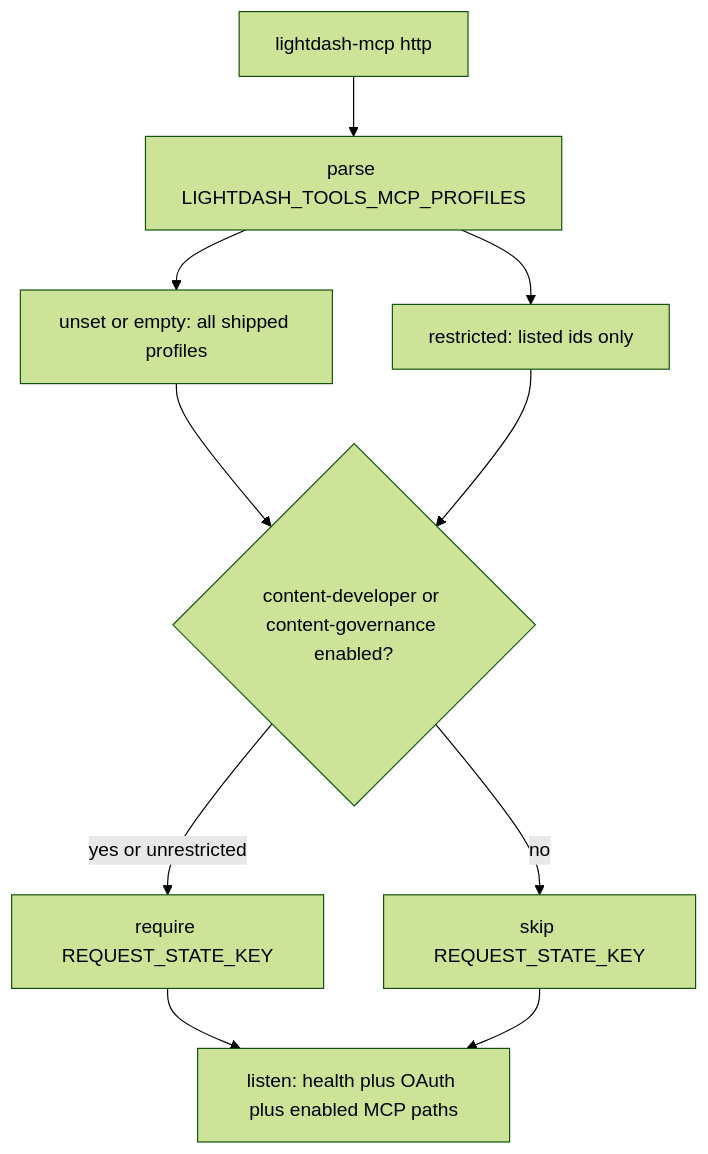
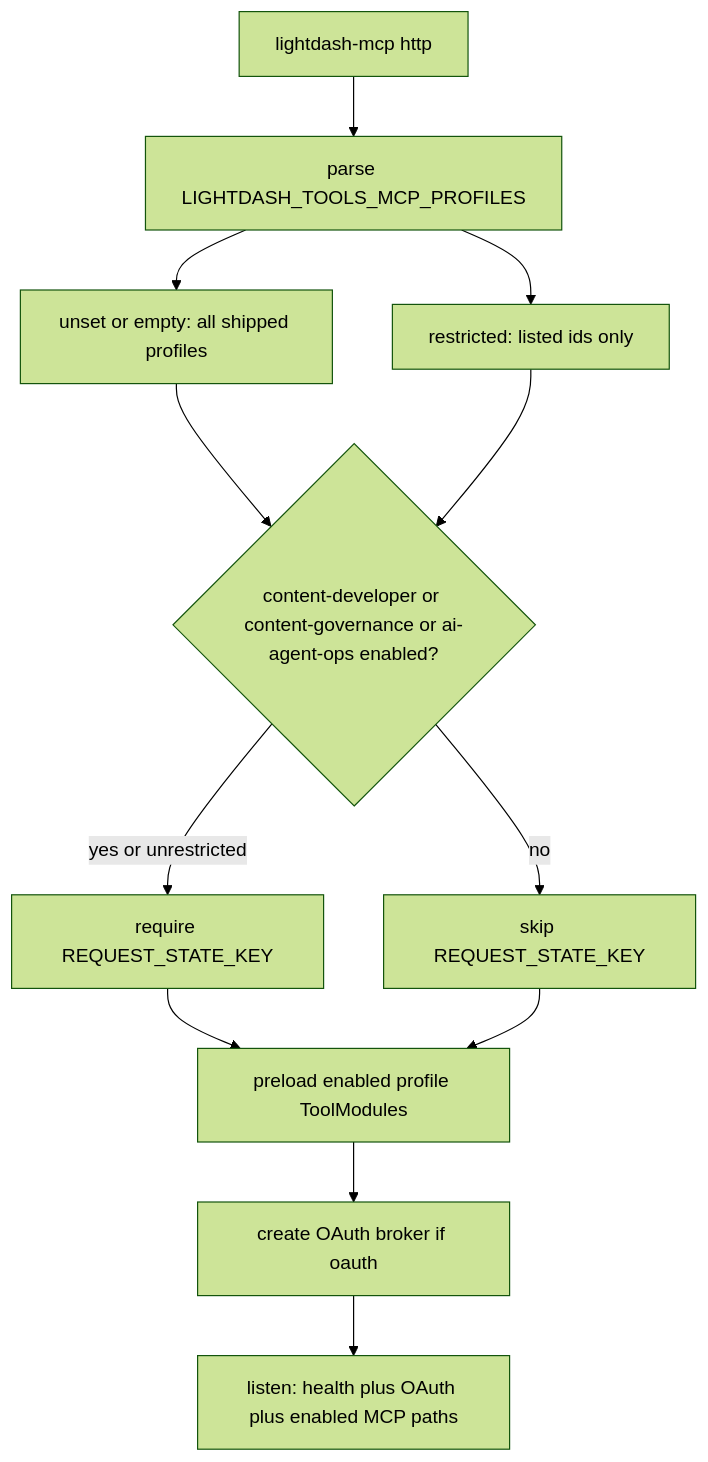
Before and after one commit to yu-iskw/lightdash-tools: the diagram in docs/adr/0024-mcp-http-profile-mount-allowlist-via-env.md, drawn with Mermaid (forest theme). The commit also changed other lines of this file and 49 other files, not shown here.

First line of the commit message:
perf(mcp): defer unused profile ToolModules until preload before listen

````diff
--- a/docs/adr/0024-mcp-http-profile-mount-allowlist-via-env.md
+++ b/docs/adr/0024-mcp-http-profile-mount-allowlist-via-env.md
@@ -41,21 +43,25 @@
 ```mermaid
 flowchart TD
   startHttp[lightdash-mcp http]
   parseEnv["parse LIGHTDASH_TOOLS_MCP_PROFILES"]
   unsetAll[unset or empty: all shipped profiles]
   allowlist[restricted: listed ids only]
-  signingKey{"content-developer or content-governance enabled?"}
+  signingKey{"content-developer or content-governance or ai-agent-ops enabled?"}
   requireKey[require REQUEST_STATE_KEY]
   skipKey[skip REQUEST_STATE_KEY]
+  preload[preload enabled profile ToolModules]
+  broker[create OAuth broker if oauth]
   listen[listen: health plus OAuth plus enabled MCP paths]
 
   startHttp --> parseEnv
   parseEnv --> unsetAll
   parseEnv --> allowlist
   unsetAll --> signingKey
   allowlist --> signingKey
   signingKey -->|yes or unrestricted| requireKey
   signingKey -->|no| skipKey
-  requireKey --> listen
-  skipKey --> listen
+  requireKey --> preload
+  skipKey --> preload
+  preload --> broker
+  broker --> listen
 ```
````
